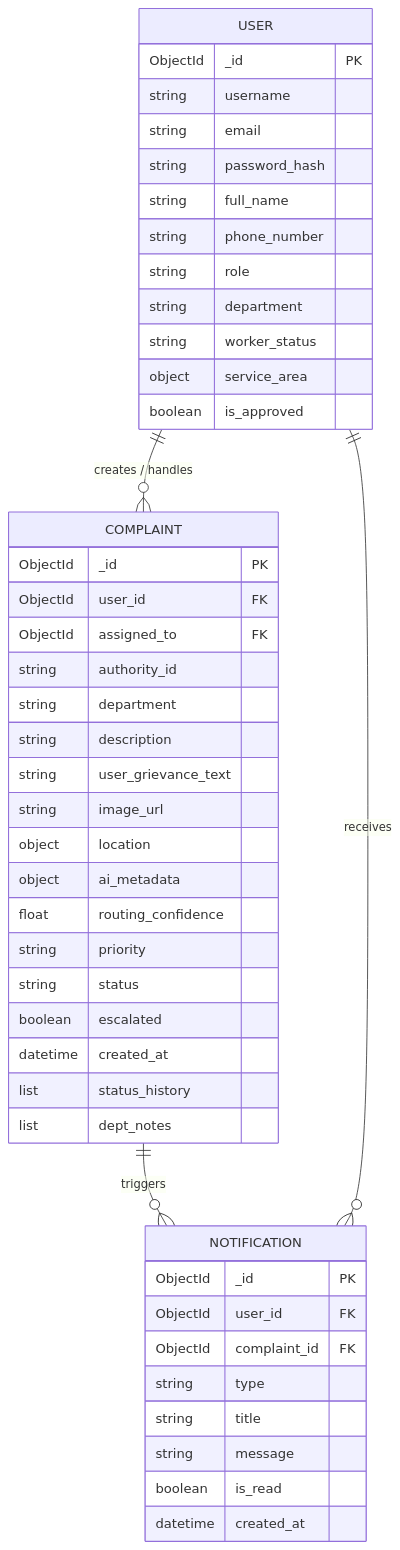
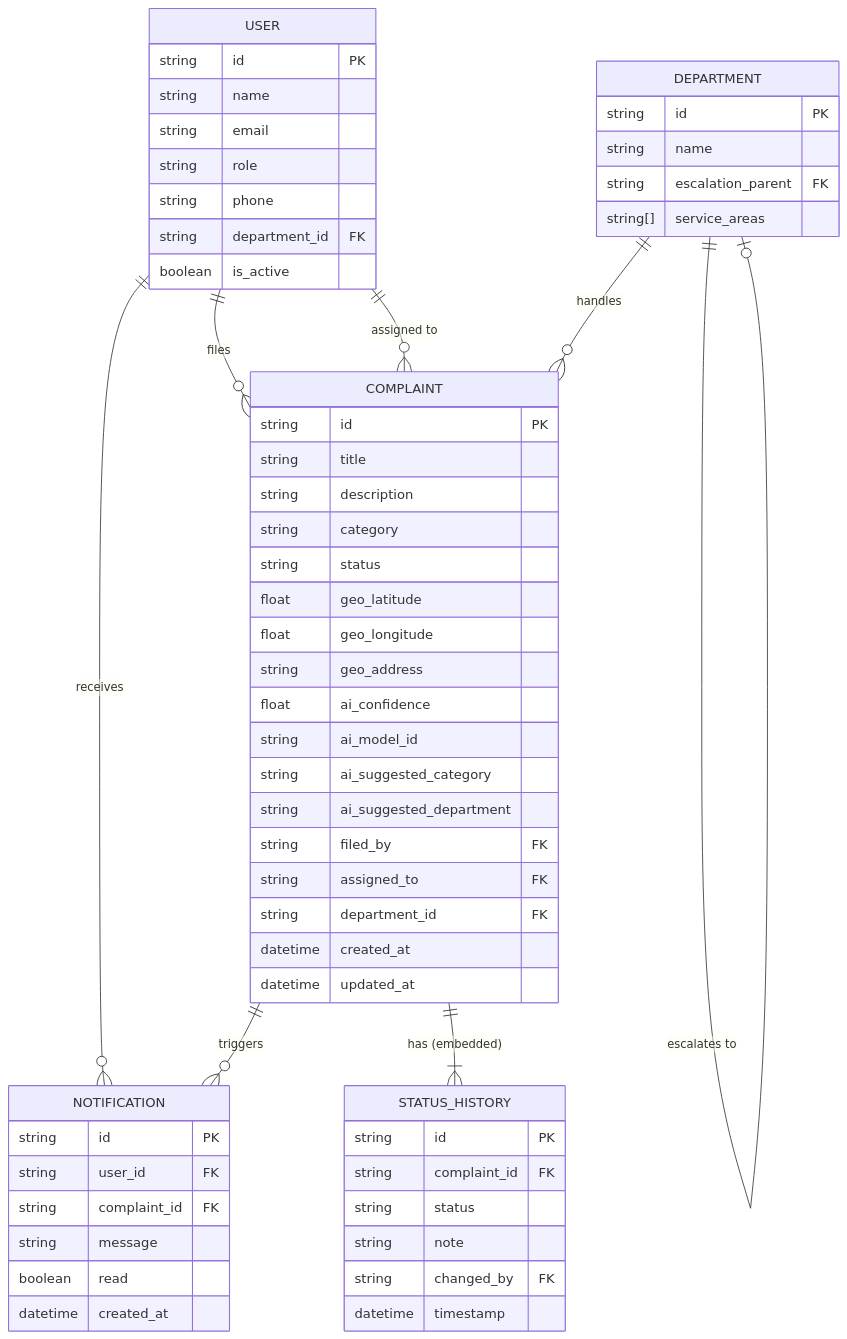
The fourth of 10 diagrams in docs/DIAGRAMS.md (ark5234/Jan-Sunwai-AI), drawn with Mermaid before and after one commit. The commit also changed other lines of this file, not shown here.

Commit message:
docs: initialize LaTeX project structure and add documentation metadata for project report

````diff
--- a/docs/DIAGRAMS.md
+++ b/docs/DIAGRAMS.md
@@ -47,51 +131,65 @@
 ```mermaid
 erDiagram
-    USER ||--o{ COMPLAINT : "creates / handles"
-    COMPLAINT ||--o{ NOTIFICATION : triggers
-    USER ||--o{ NOTIFICATION : receives
-    
     USER {
-        ObjectId _id PK
-        string username
+        string id PK
+        string name
         string email
-        string password_hash
-        string full_name
-        string phone_number
         string role
-        string department
-        string worker_status
-        object service_area
-        boolean is_approved
+        string phone
+        string department_id FK
+        boolean is_active
     }
-    
+
     COMPLAINT {
-        ObjectId _id PK
-        ObjectId user_id FK
-        ObjectId assigned_to FK
-        string authority_id
-        string department
+        string id PK
+        string title
         string description
-        string user_grievance_text
-        string image_url
-        object location
-        object ai_metadata
-        float routing_confidence
-        string priority
+        string category
         string status
-        boolean escalated
+        float geo_latitude
+        float geo_longitude
+        string geo_address
+        float ai_confidence
+        string ai_model_id
+        string ai_suggested_category
+        string ai_suggested_department
+        string filed_by FK
+        string assigned_to FK
+        string department_id FK
         datetime created_at
-        list status_history
-        list dept_notes
+        datetime updated_at
     }
-    
+
+    DEPARTMENT {
+        string id PK
+        string name
+        string escalation_parent FK
+        string[] service_areas
+    }
+
+    STATUS_HISTORY {
+        string id PK
+        string complaint_id FK
+        string status
+        string note
+        string changed_by FK
+        datetime timestamp
+    }
+
     NOTIFICATION {
-        ObjectId _id PK
-        ObjectId user_id FK
-        ObjectId complaint_id FK
-        string type
-        string title
+        string id PK
+        string user_id FK
+        string complaint_id FK
         string message
-        boolean is_read
+        boolean read
         datetime created_at
     }
+
+    USER ||--o{ COMPLAINT : "files"
+    USER ||--o{ COMPLAINT : "assigned to"
+    DEPARTMENT ||--o{ COMPLAINT : "handles"
+    DEPARTMENT ||--o| DEPARTMENT : "escalates to"
+    COMPLAINT ||--|{ STATUS_HISTORY : "has (embedded)"
+    USER ||--o{ NOTIFICATION : "receives"
+    COMPLAINT ||--o{ NOTIFICATION : "triggers"
 ```
````
